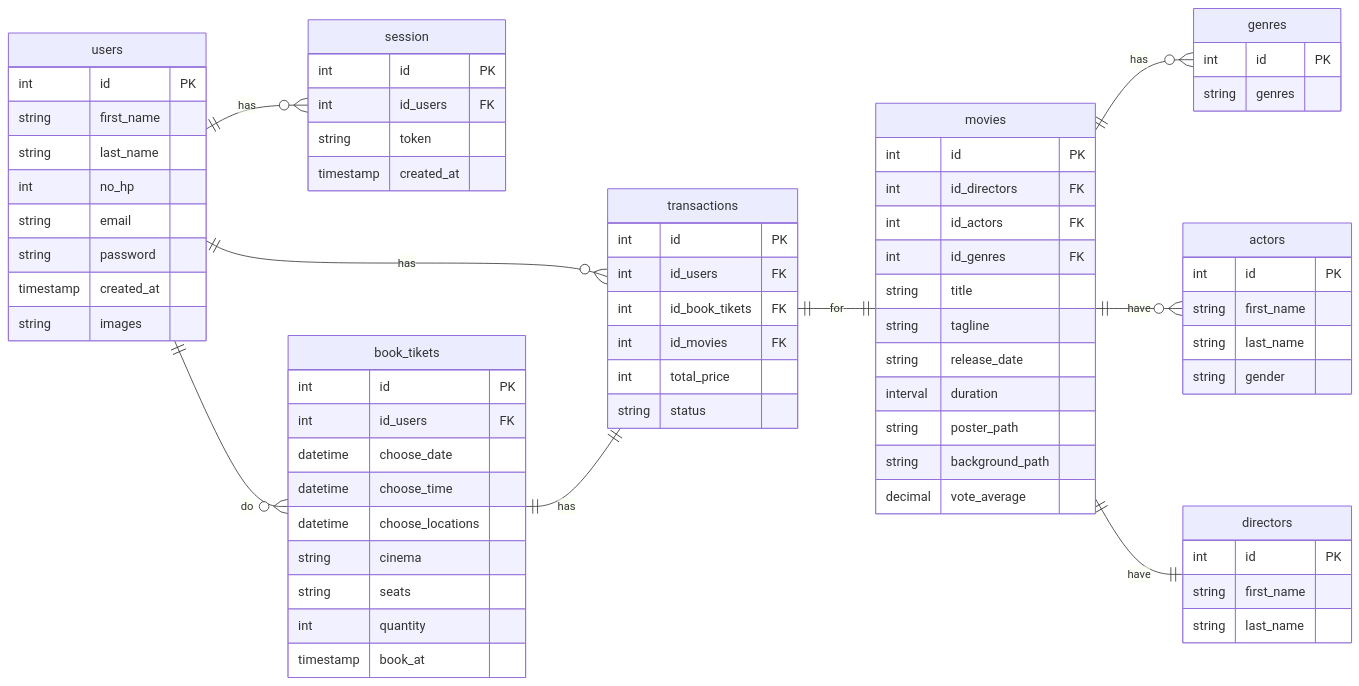
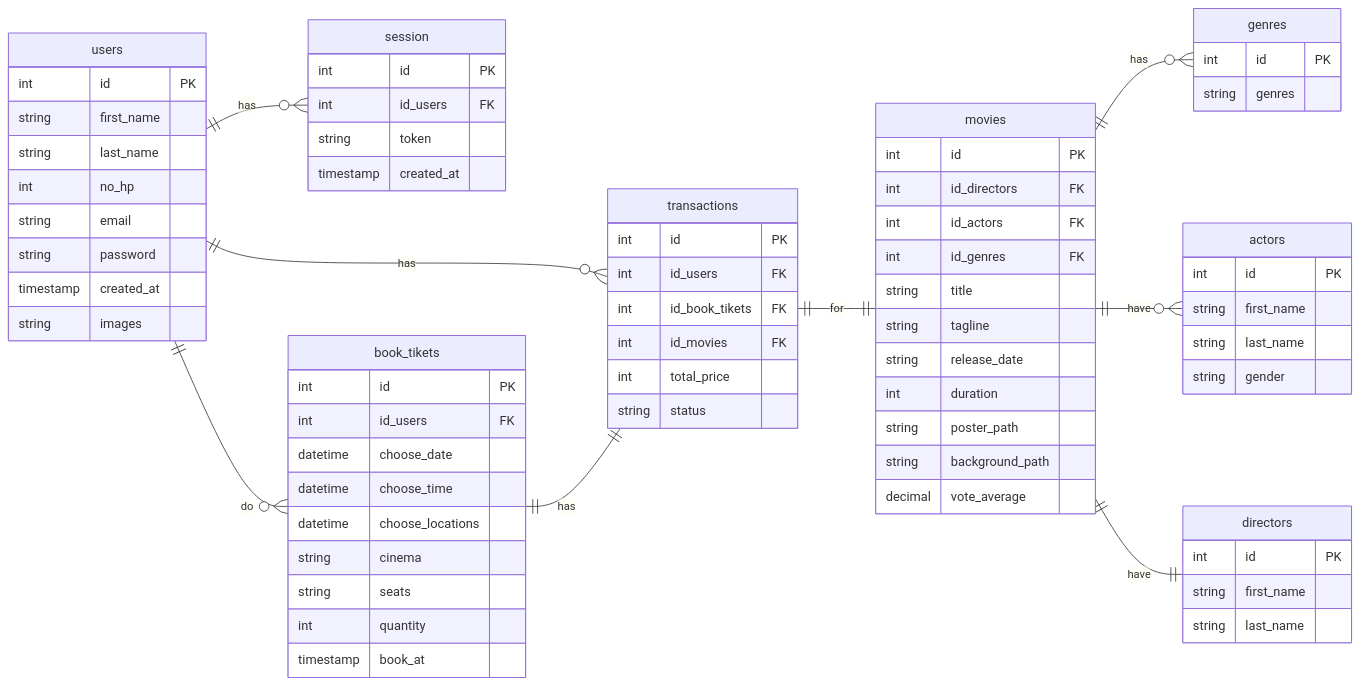
Before and after one commit to Dwaysetya/fgo24-db-weeklytask: the diagram in README.md, drawn with Mermaid.

Commit message:
fix:update reame

```diff
--- a/README.md
+++ b/README.md
@@ -42,7 +42,7 @@
     string      title
     string      tagline
     string      release_date
-    interval    duration
+    int         duration
     string      poster_path
     string      background_path
     decimal     vote_average
```
